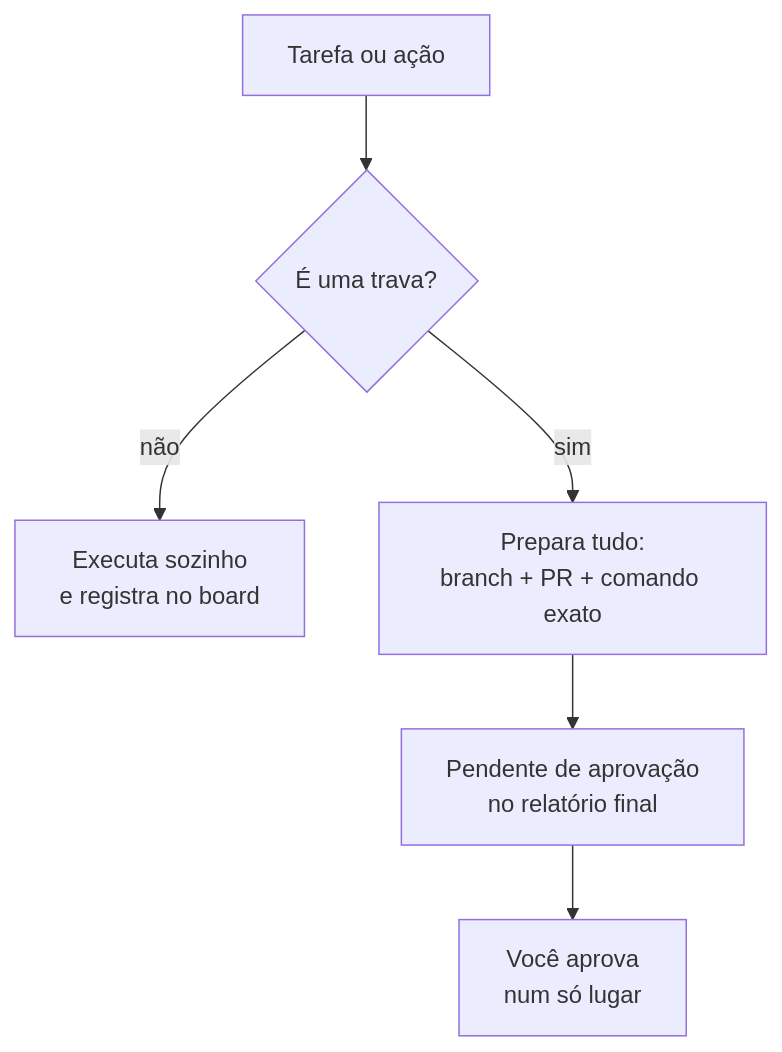
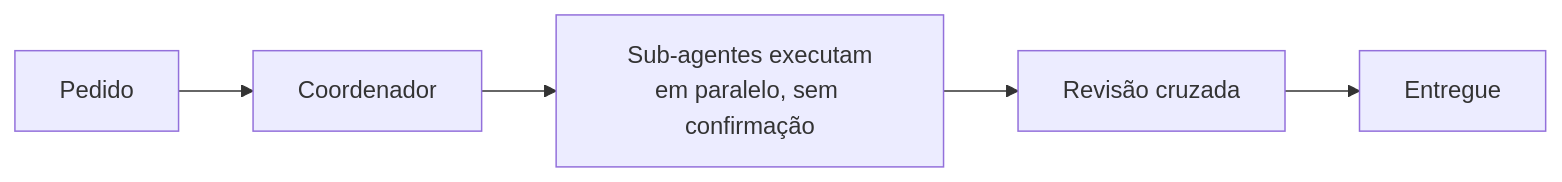
One commit to bentoneto7/orca-advanced-orquestration changed the second of 2 diagrams in docs/IDEIA.md. Above: the diagram before and after it, drawn with Mermaid. The commit also changed other lines of this file and 6 other files, not shown here.

Commit message:
docs: destaca a autonomia 100% dos sub-agentes

````diff
--- a/docs/IDEIA.md
+++ b/docs/IDEIA.md
@@ -167,8 +123,7 @@
 ```mermaid
-flowchart TD
-    T[Tarefa ou ação] --> Q{É uma trava?}
-    Q -- não --> E[Executa sozinho<br/>e registra no board]
-    Q -- sim --> P[Prepara tudo:<br/>branch + PR + comando exato]
-    P --> L[Pendente de aprovação<br/>no relatório final]
-    L --> V[Você aprova<br/>num só lugar]
+flowchart LR
+    P[Pedido] --> C[Coordenador]
+    C --> S[Sub-agentes executam<br/>em paralelo, sem confirmação]
+    S --> R[Revisão cruzada]
+    R --> E[Entregue]
 ```
````
